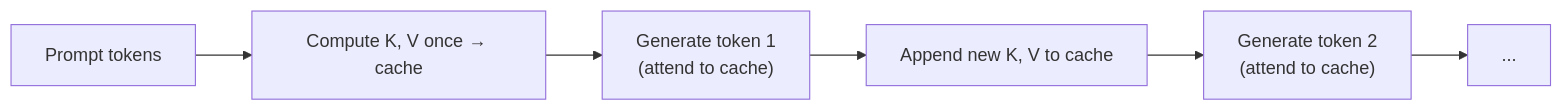
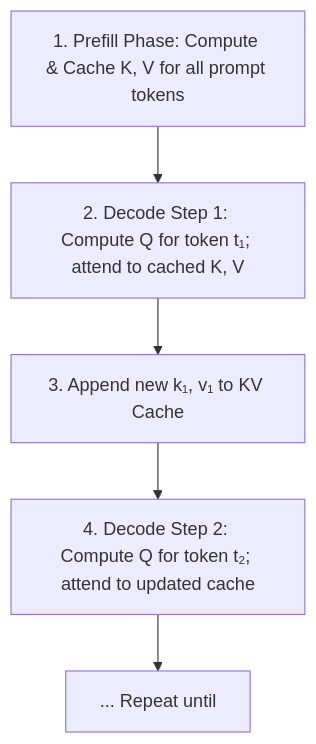
The fifth of 8 diagrams in content/docs/ai-agents/agentic-ai/02-transformer-models-and-tricks.mdx (1345AbhishekKumar/cs-cookbook), drawn with Mermaid before and after one commit. The commit also changed other lines of this file and 299 other files, not shown here.

````diff
--- a/content/docs/ai-agents/agentic-ai/02-transformer-models-and-tricks.mdx
+++ b/content/docs/ai-agents/agentic-ai/02-transformer-models-and-tricks.mdx
@@ -113,8 +213,7 @@
 ```mermaid
-flowchart LR
-    P["Prompt tokens"] --> K["Compute K, V once → cache"]
-    K --> G1["Generate token 1<br/>(attend to cache)"]
-    G1 --> Append["Append new K, V to cache"]
-    Append --> G2["Generate token 2<br/>(attend to cache)"]
-    G2 --> Dot["..."]
+flowchart TD
+    Prompt["1. Prefill Phase: Compute & Cache K, V for all prompt tokens"] --> Gen1["2. Decode Step 1: Compute Q for token t₁; attend to cached K, V"]
+    Gen1 --> Append["3. Append new k₁, v₁ to KV Cache"]
+    Append --> Gen2["4. Decode Step 2: Compute Q for token t₂; attend to updated cache"]
+    Gen2 --> Append2["... Repeat until <EOS>"]
 ```
````
